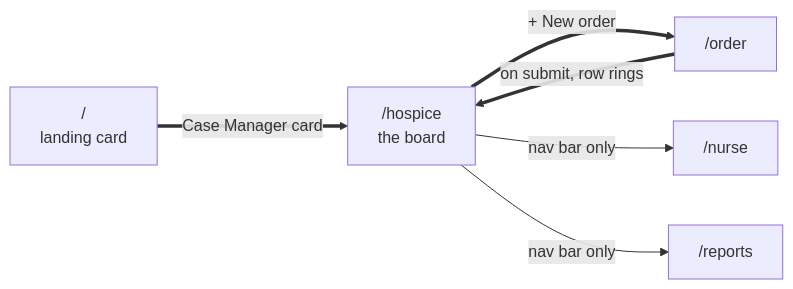
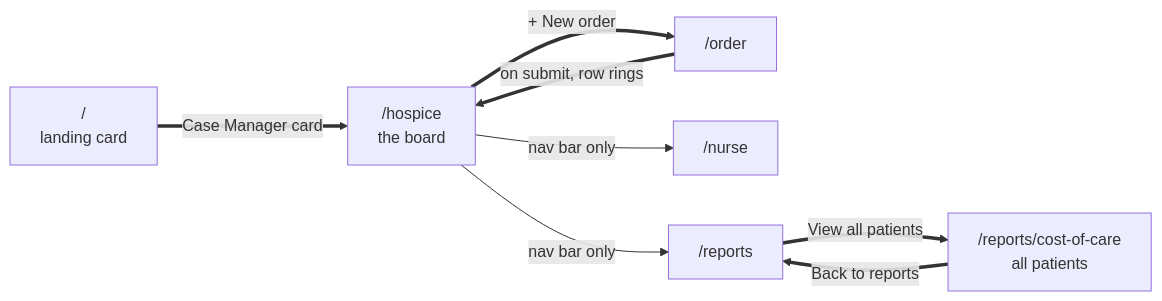
One commit to kr3wangel/betterrx-hackathon-2026 changed the third of 6 diagrams in docs/UX-FLOWS.md. Above: the diagram before and after it, drawn with Mermaid. The commit also changed other lines of this file and 6 other files, not shown here.

First line of the commit message:
feat(reports): in-depth cost-of-care page, searchable across patients

````diff
--- a/docs/UX-FLOWS.md
+++ b/docs/UX-FLOWS.md
@@ -241,13 +245,16 @@
 ```mermaid
 graph LR
   L["/<br/>landing card"]
   A["/hospice<br/>the board"]
   B["/order"]
   C["/nurse"]
   D["/reports"]
+  E["/reports/cost-of-care<br/>all patients"]
   L ==>|"Case Manager card"| A
   A ==>|"+ New order"| B
   B ==>|"on submit, row rings"| A
   A -->|"nav bar only"| C
   A -->|"nav bar only"| D
+  D ==>|"View all patients"| E
+  E ==>|"Back to reports"| D
 ```
````
